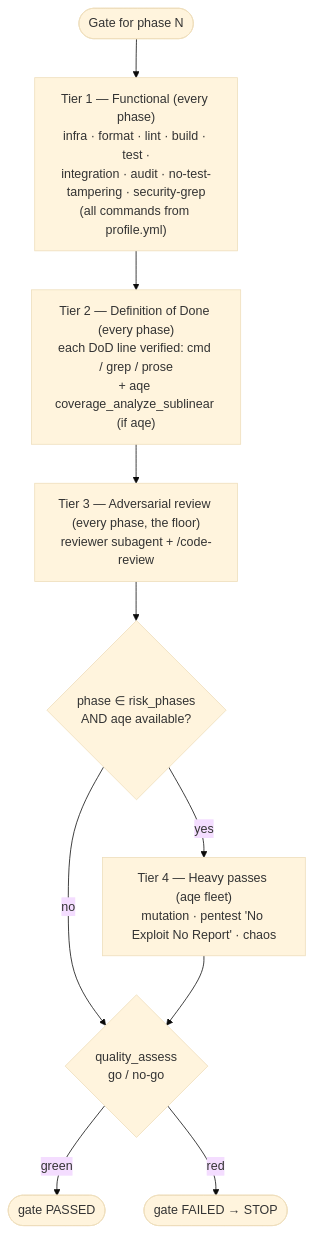
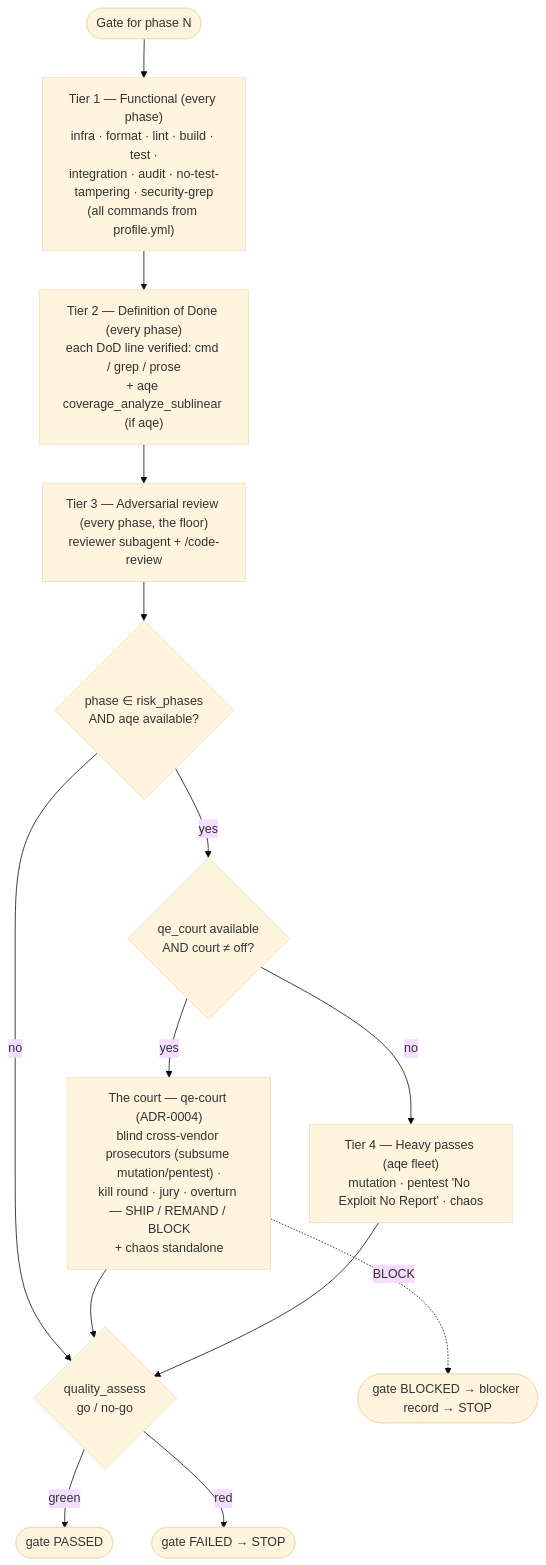
One commit to agentic-incubator/claude-autopilot changed the second of 4 diagrams in plugins/autopilot/docs/WORKFLOW.md. Above: the diagram before and after it, drawn with Mermaid (base theme). The commit also changed other lines of this file and 13 other files, not shown here.

First line of the commit message:
feat: qe-court adversarial verdict — cross-vendor jury on risk phases and the integration PR (#26)

````diff
--- a/plugins/autopilot/docs/WORKFLOW.md
+++ b/plugins/autopilot/docs/WORKFLOW.md
@@ -51,12 +51,16 @@
 ```mermaid
 flowchart TD
     G([Gate for phase N]) --> T1["Tier 1 — Functional (every phase)<br/>infra · format · lint · build · test ·<br/>integration · audit · no-test-tampering · security-grep<br/>(all commands from profile.yml)"]
     T1 --> T2["Tier 2 — Definition of Done (every phase)<br/>each DoD line verified: cmd / grep / prose<br/>+ aqe coverage_analyze_sublinear (if aqe)"]
     T2 --> T3["Tier 3 — Adversarial review (every phase, the floor)<br/>reviewer subagent + /code-review"]
     T3 --> RISK{phase ∈ risk_phases<br/>AND aqe available?}
     RISK -->|no| V
-    RISK -->|yes| T4["Tier 4 — Heavy passes (aqe fleet)<br/>mutation · pentest 'No Exploit No Report' · chaos"]
-    T4 --> V{quality_assess<br/>go / no-go}
+    RISK -->|yes| COURT{qe_court available<br/>AND court ≠ off?}
+    COURT -->|yes| CT["The court — qe-court (ADR-0004)<br/>blind cross-vendor prosecutors (subsume mutation/pentest) ·<br/>kill round · jury · overturn — SHIP / REMAND / BLOCK<br/>+ chaos standalone"]
+    COURT -->|no| T4["Tier 4 — Heavy passes (aqe fleet)<br/>mutation · pentest 'No Exploit No Report' · chaos"]
+    CT --> V{quality_assess<br/>go / no-go}
+    T4 --> V
     V -->|green| PASS([gate PASSED])
     V -->|red| FAIL([gate FAILED → STOP])
+    CT -.->|BLOCK| BLK([gate BLOCKED → blocker record → STOP])
 ```
````
